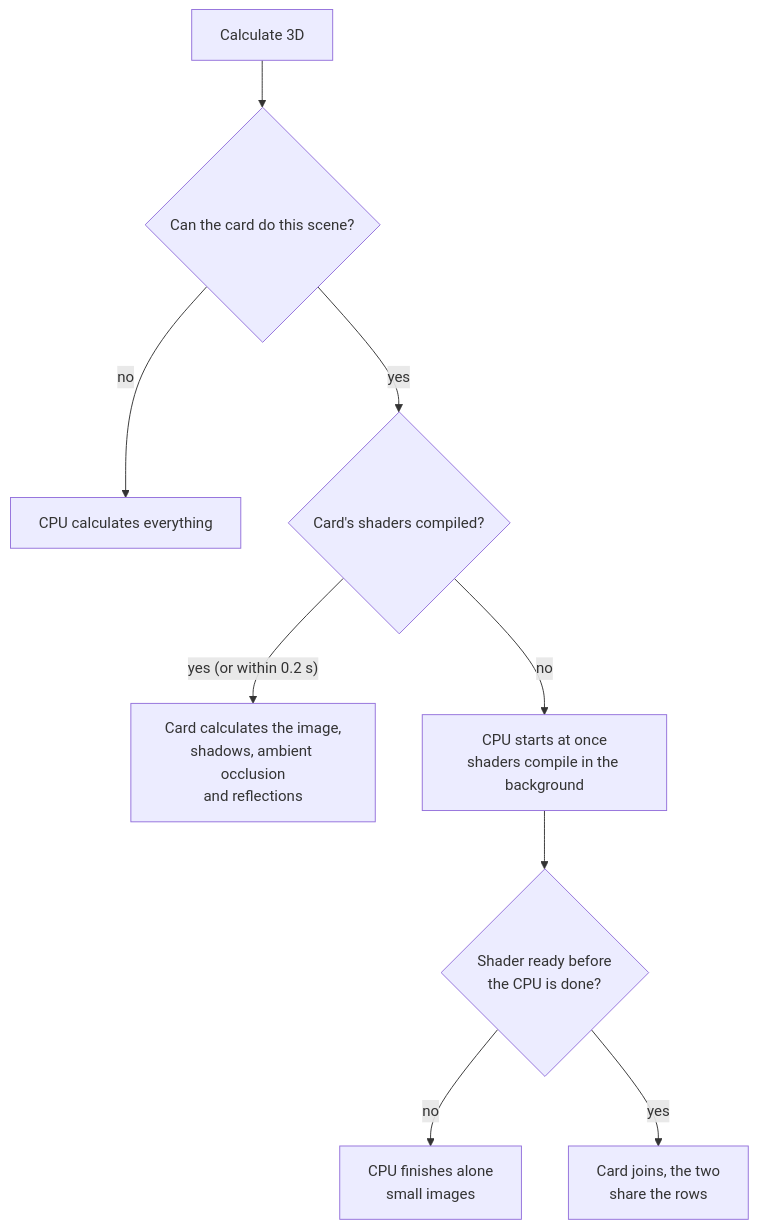
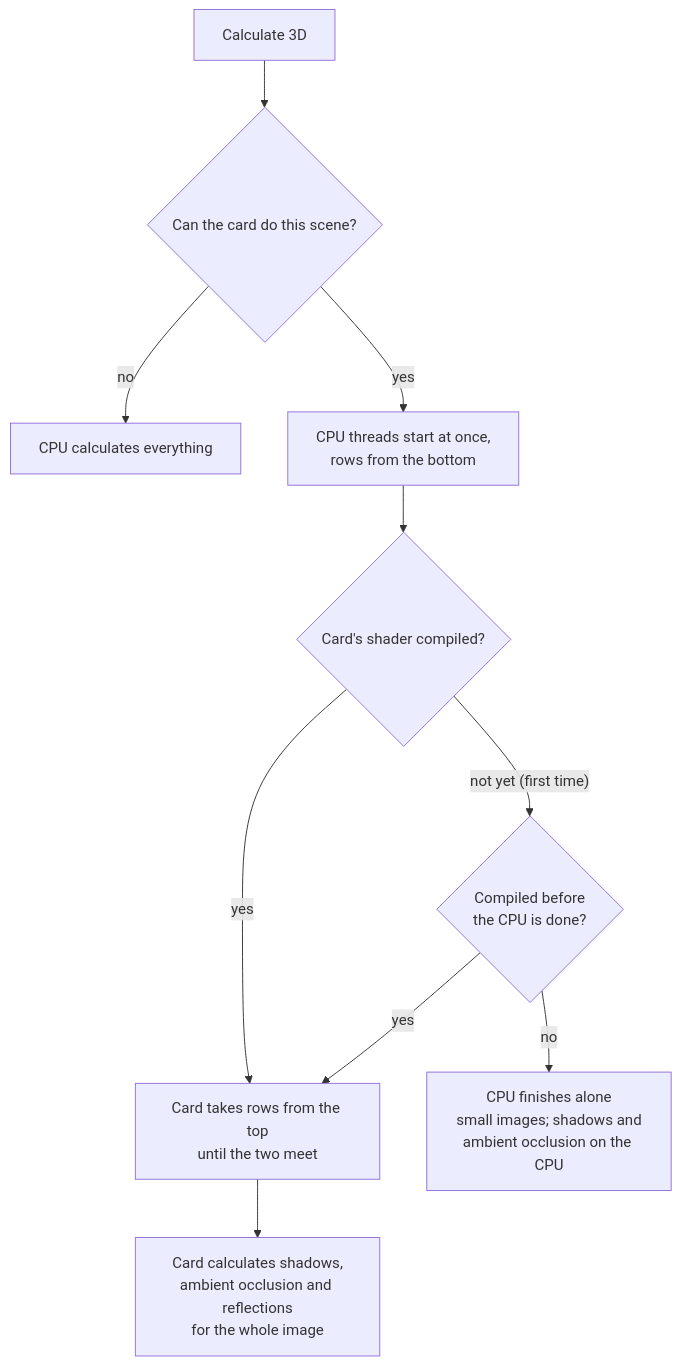
Before and after one commit to SRathinaGiri/mb3d-rs: the diagram in docs/RENDERING.md, drawn with Mermaid. The commit also changed other lines of this file and 6 other files, not shown here.

````diff
--- a/docs/RENDERING.md
+++ b/docs/RENDERING.md
@@ -46,11 +46,12 @@
 ```mermaid
 flowchart TD
     A[Calculate 3D] --> B{Can the card do this scene?}
     B -- no --> CPU[CPU calculates everything]
-    B -- yes --> C{Card's shaders compiled?}
-    C -- "yes (or within 0.2 s)" --> GPU[Card calculates the image,<br/>shadows, ambient occlusion<br/>and reflections]
-    C -- no --> D[CPU starts at once<br/>shaders compile in the background]
-    D --> E{Shader ready before<br/>the CPU is done?}
-    E -- no --> F[CPU finishes alone<br/>small images]
-    E -- yes --> G[Card joins, the two<br/>share the rows]
+    B -- yes --> D[CPU threads start at once,<br/>rows from the bottom]
+    D --> C{Card's shader compiled?}
+    C -- yes --> G[Card takes rows from the top<br/>until the two meet]
+    C -- "not yet (first time)" --> E{Compiled before<br/>the CPU is done?}
+    E -- yes --> G
+    E -- no --> F[CPU finishes alone<br/>small images; shadows and<br/>ambient occlusion on the CPU]
+    G --> H[Card calculates shadows,<br/>ambient occlusion and reflections<br/>for the whole image]
 ```
````
